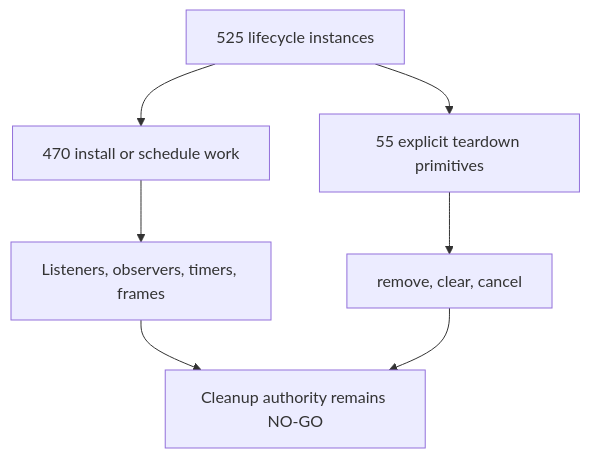
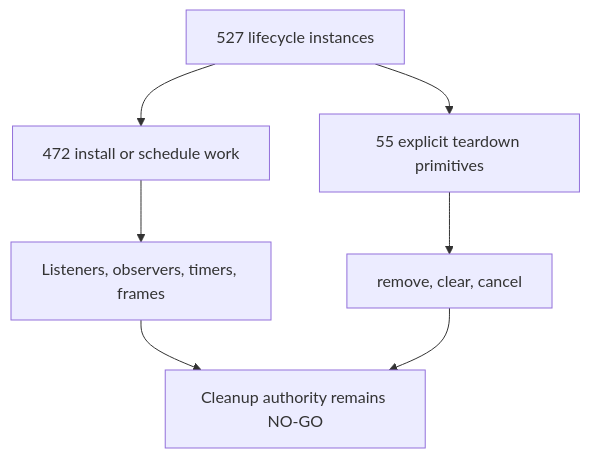
Before and after one commit to varshneydevansh/FilterTube: the first of 47 diagrams in docs/audit/FILTERTUBE_LIFECYCLE_INSTANCE_REGISTER_2026-05-18.md, drawn with Mermaid. The commit also changed other lines of this file and 619 other files, not shown here.

````diff
--- a/docs/audit/FILTERTUBE_LIFECYCLE_INSTANCE_REGISTER_2026-05-18.md
+++ b/docs/audit/FILTERTUBE_LIFECYCLE_INSTANCE_REGISTER_2026-05-18.md
@@ -120,9 +120,9 @@
 ```mermaid
 flowchart TD
-  A["525 lifecycle instances"] --> B["470 install or schedule work"]
+  A["527 lifecycle instances"] --> B["472 install or schedule work"]
   A --> C["55 explicit teardown primitives"]
   B --> D["Listeners, observers, timers, frames"]
   C --> E["remove, clear, cancel"]
   D --> F["Cleanup authority remains NO-GO"]
   E --> F
 ```
````
